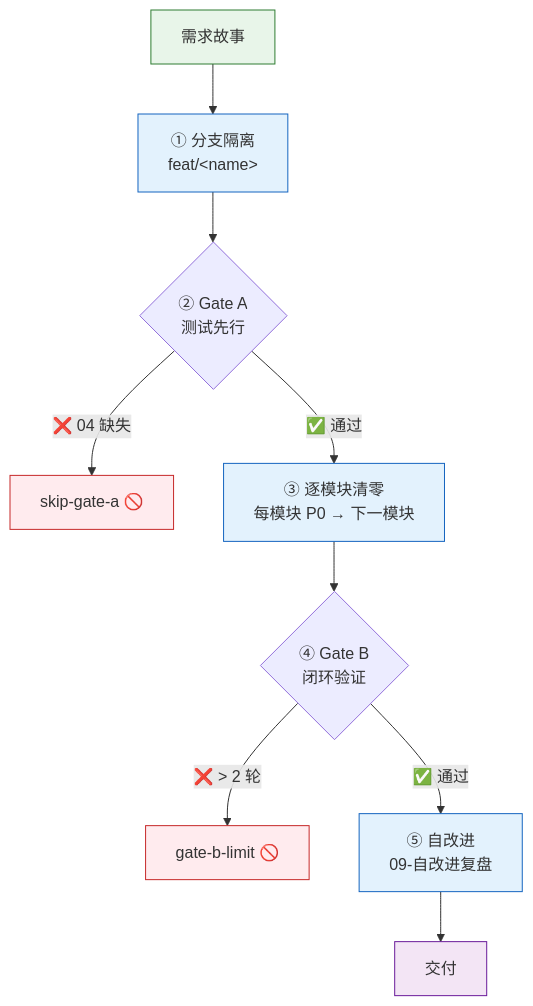
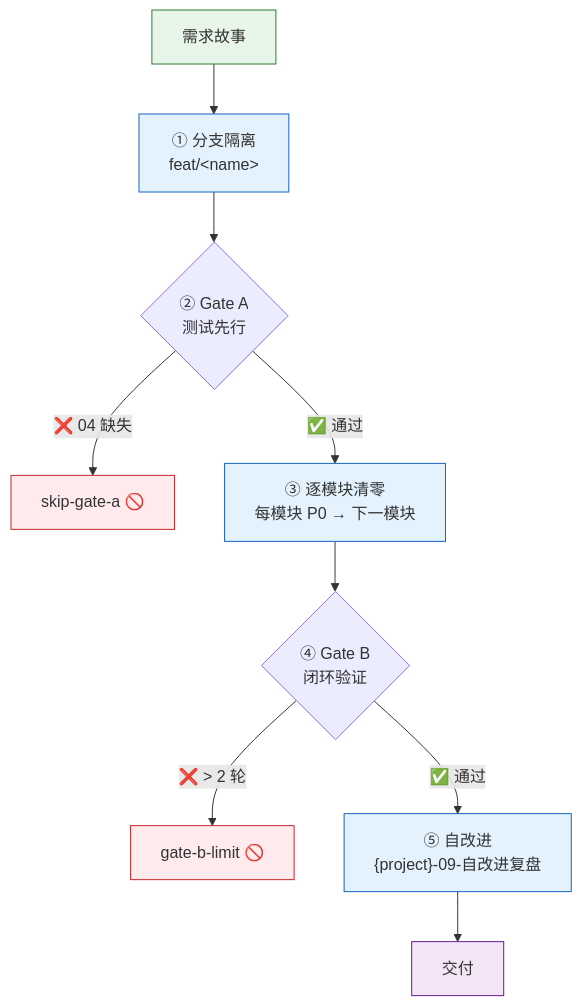
The first of 9 diagrams in rules/code-pipeline.md (effiy/YrY), drawn with Mermaid before and after one commit. The commit also changed other lines of this file and 17 other files, not shown here.

````diff
--- a/rules/code-pipeline.md
+++ b/rules/code-pipeline.md
@@ -29,16 +29,16 @@
 ```mermaid
 flowchart TB
     REQ["需求故事"]:::src --> BR["① 分支隔离<br/>feat/&lt;name&gt;"]:::phase
     BR --> GA{"② Gate A<br/>测试先行"}
     GA -->|"❌ 04 缺失"| X1["skip-gate-a 🚫"]:::block
     GA -->|"✅ 通过"| MOD["③ 逐模块清零<br/>每模块 P0 → 下一模块"]:::phase
     MOD --> GB{"④ Gate B<br/>闭环验证"}
     GB -->|"❌ > 2 轮"| X2["gate-b-limit 🚫"]:::block
-    GB -->|"✅ 通过"| SI["⑤ 自改进<br/>09-自改进复盘"]:::phase
+    GB -->|"✅ 通过"| SI["⑤ 自改进<br/>{project}-09-自改进复盘"]:::phase
     SI --> DONE["交付"]:::done
 
     classDef src fill:#e8f5e9,stroke:#2e7d32;
     classDef phase fill:#e3f2fd,stroke:#1565c0;
     classDef block fill:#ffebee,stroke:#c62828;
     classDef done fill:#f3e5f5,stroke:#6a1b9a;
 ```
````
